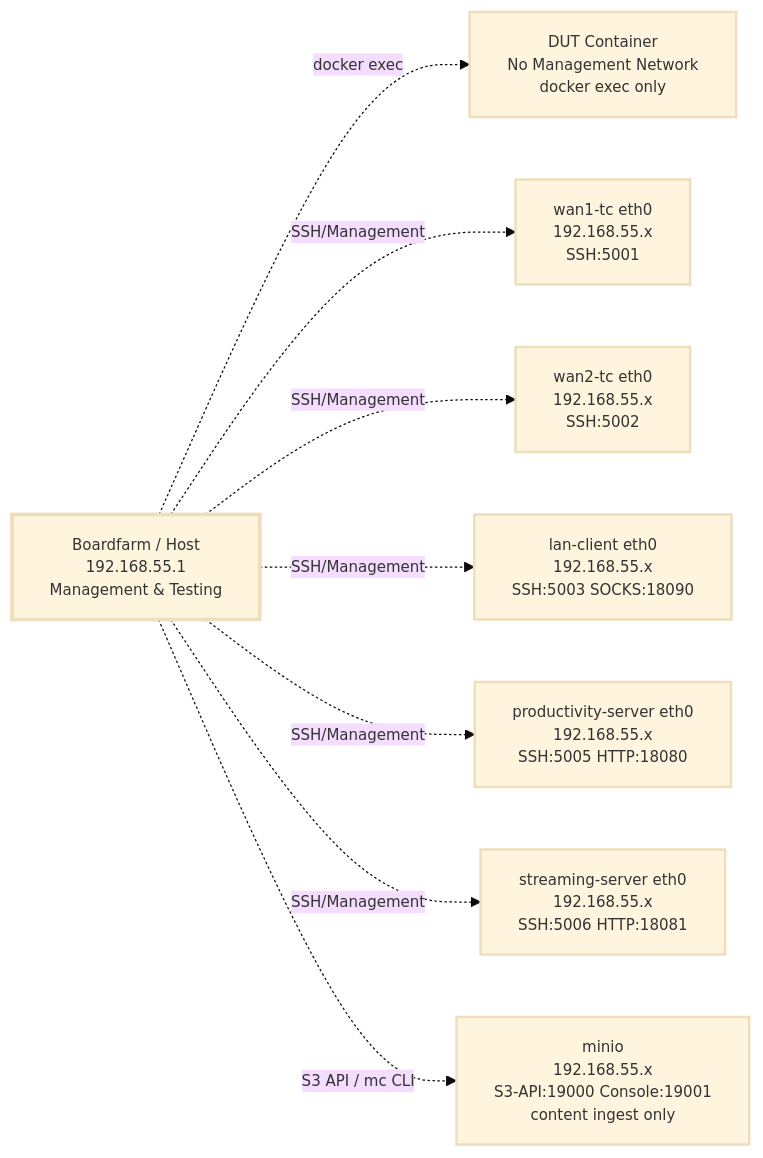
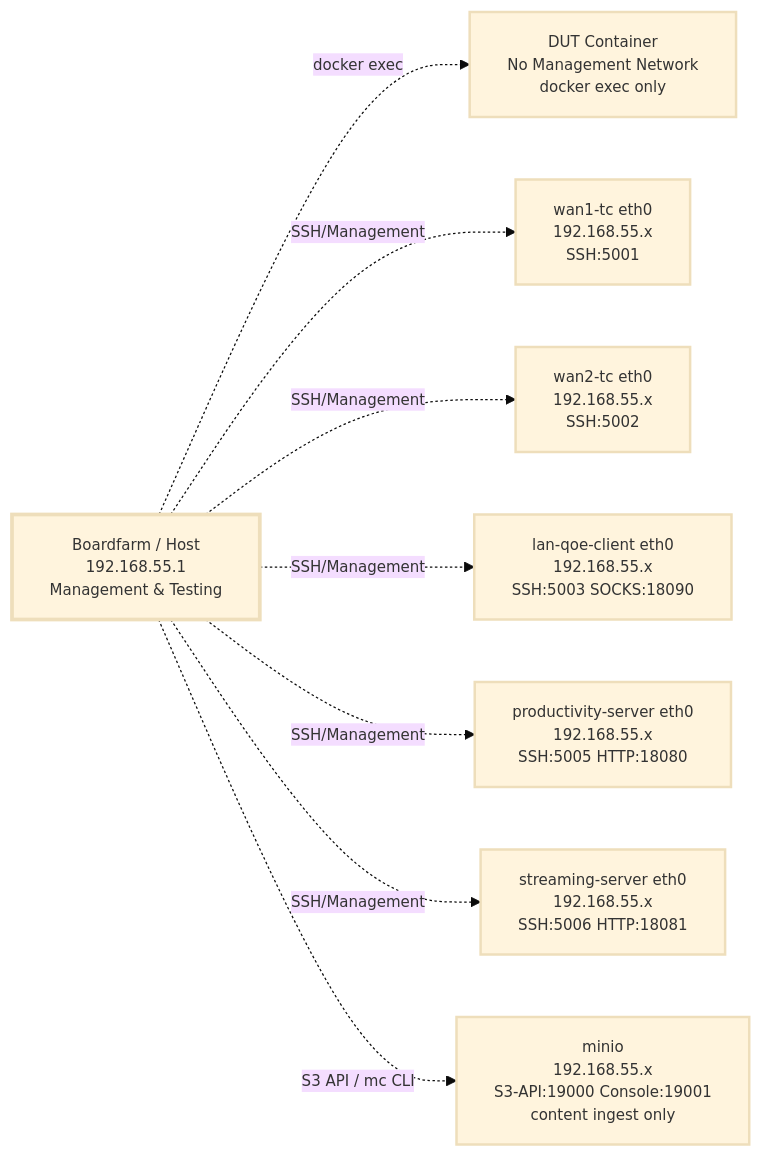
The first of 2 diagrams in docs/SDWAN_Testbed_Configuration.md (alottabits/boardfarm-bdd), drawn with Mermaid before and after one commit. The commit also changed other lines of this file and 73 other files, not shown here.

````diff
--- a/docs/SDWAN_Testbed_Configuration.md
+++ b/docs/SDWAN_Testbed_Configuration.md
@@ -83,26 +83,26 @@
 ```mermaid
 %%{init: {'theme': 'base', 'themeVariables': { 'fontSize': '12px', 'fontFamily': 'arial' }}}%%
 flowchart LR
     MGMT[Boardfarm / Host<br/>192.168.55.1<br/>Management & Testing]
 
     DUT_MGMT[DUT Container<br/>No Management Network<br/>docker exec only]
     TC1_MGMT[wan1-tc eth0<br/>192.168.55.x<br/>SSH:5001]
     TC2_MGMT[wan2-tc eth0<br/>192.168.55.x<br/>SSH:5002]
-    LAN_MGMT[lan-client eth0<br/>192.168.55.x<br/>SSH:5003 SOCKS:18090]
+    LAN_MGMT[lan-qoe-client eth0<br/>192.168.55.x<br/>SSH:5003 SOCKS:18090]
     PROD_MGMT[productivity-server eth0<br/>192.168.55.x<br/>SSH:5005 HTTP:18080]
     STREAM_MGMT[streaming-server eth0<br/>192.168.55.x<br/>SSH:5006 HTTP:18081]
     MINIO_MGMT[minio<br/>192.168.55.x<br/>S3-API:19000 Console:19001<br/>content ingest only]
 
     MGMT -.->|docker exec| DUT_MGMT
     MGMT -.->|SSH/Management| TC1_MGMT
     MGMT -.->|SSH/Management| TC2_MGMT
     MGMT -.->|SSH/Management| LAN_MGMT
     MGMT -.->|SSH/Management| PROD_MGMT
     MGMT -.->|SSH/Management| STREAM_MGMT
     MGMT -.->|S3 API / mc CLI| MINIO_MGMT
 
     classDef mgmt stroke-width:3px
     classDef container stroke-width:2px
     class MGMT mgmt
     class DUT_MGMT,TC1_MGMT,TC2_MGMT,LAN_MGMT,PROD_MGMT,STREAM_MGMT,MINIO_MGMT container
 ```
````
